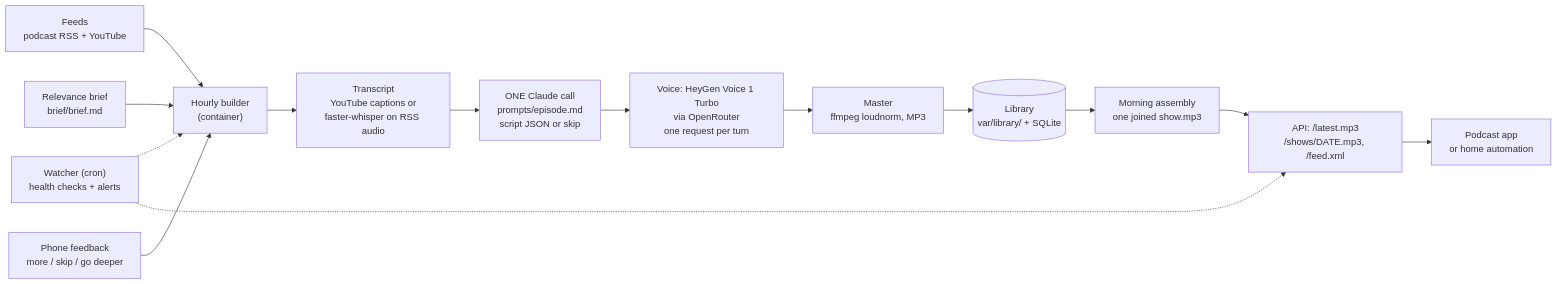
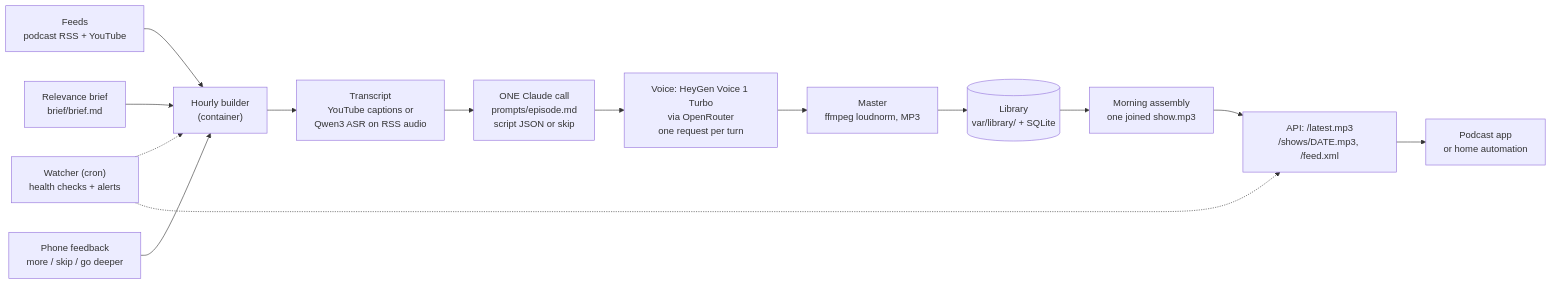
The diagram in README.md (HerdingAI/daily-brief), drawn with Mermaid before and after one commit. The commit also changed other lines of this file and 19 other files, not shown here.

First line of the commit message:
Transcribe podcasts with OpenRouter qwen3-asr instead of local faster-whisper

````diff
--- a/README.md
+++ b/README.md
@@ -25,16 +25,16 @@
 ```mermaid
 flowchart LR
     F["Feeds<br/>podcast RSS + YouTube"] --> B["Hourly builder<br/>(container)"]
-    B --> T["Transcript<br/>YouTube captions or<br/>faster-whisper on RSS audio"]
+    B --> T["Transcript<br/>YouTube captions or<br/>Qwen3 ASR on RSS audio"]
     T --> C["ONE Claude call<br/>prompts/episode.md<br/>script JSON or skip"]
     C --> V["Voice: HeyGen Voice 1 Turbo<br/>via OpenRouter<br/>one request per turn"]
     V --> M["Master<br/>ffmpeg loudnorm, MP3"]
     M --> L[("Library<br/>var/library/ + SQLite")]
     L --> Q["Morning assembly<br/>one joined show.mp3"]
     Q --> A["API: /latest.mp3<br/>/shows/DATE.mp3, /feed.xml"]
     A --> S["Podcast app<br/>or home automation"]
     W["Watcher (cron)<br/>health checks + alerts"] -.-> B
     W -.-> A
     P["Relevance brief<br/>brief/brief.md"] --> B
     FB["Phone feedback<br/>more / skip / go deeper"] --> B
 ```
````
